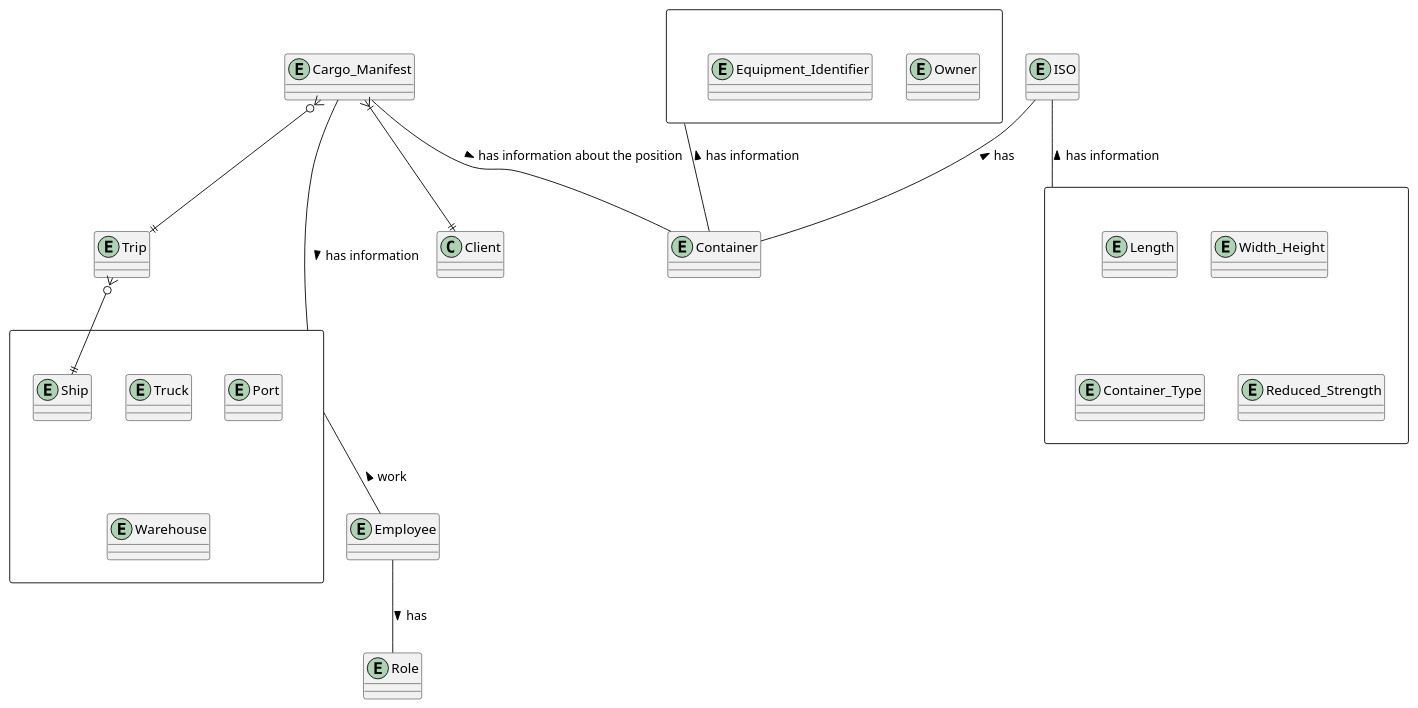
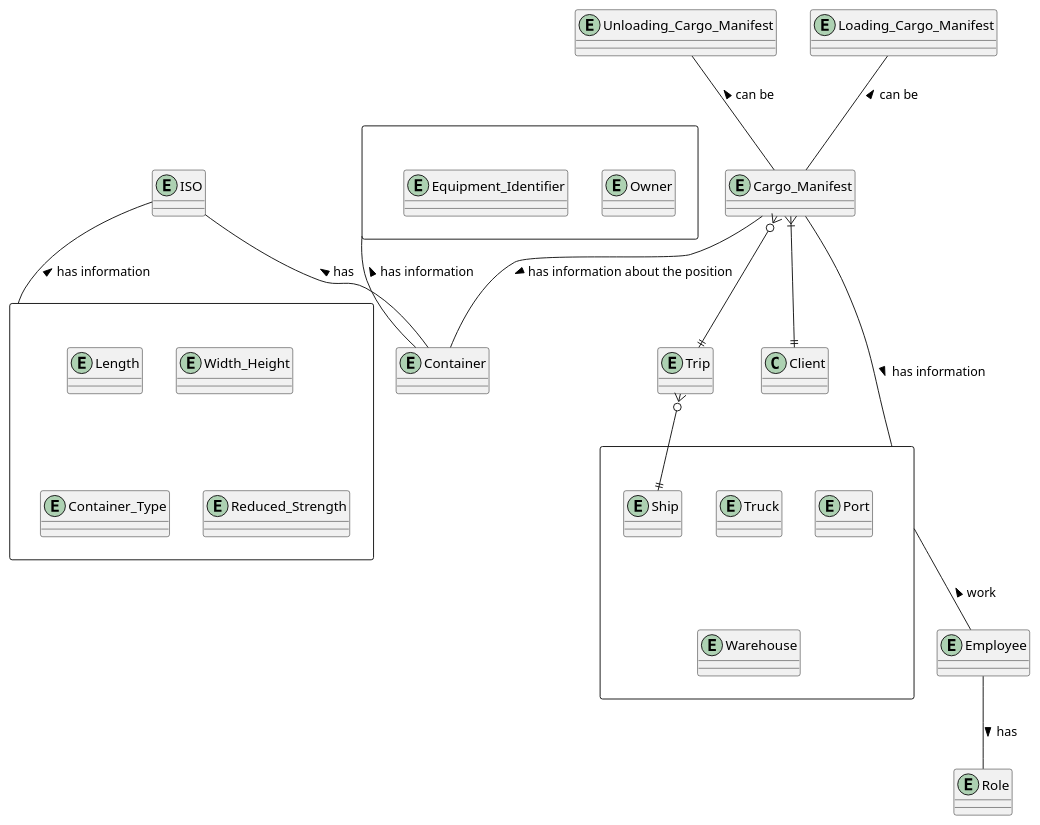
Before and after one commit to 1190772/LAB-Project-3: the diagram in docs/Sprint 2/US/US108/conceptual_model.puml, drawn with PlantUML. The commit also changed 6 other files, not shown here.

```diff
--- a/docs/Sprint 2/US/US108/conceptual_model.puml
+++ b/docs/Sprint 2/US/US108/conceptual_model.puml
@@ -1,50 +1,55 @@
 @startuml
 
 entity Container
 
 entity Cargo_Manifest
+entity Unloading_Cargo_Manifest
+entity Loading_Cargo_Manifest
 
 entity Trip
 
 rectangle " " as "toEmployee"{
 
         entity Truck
 
         entity Ship
         entity Port
         entity Warehouse
 
 }
 entity Employee
 
 entity Role
 rectangle " " as "toISO" {
     entity Length
     entity Width_Height
     entity Container_Type
     entity Reduced_Strength
 }
 entity ISO
 
 rectangle " " as "toIDContainer"{
     entity Owner
     entity Equipment_Identifier
 }
 
 Cargo_Manifest -- Container : has information about the position >
 
 Cargo_Manifest -- "toEmployee" : has information >
 
 
 "toIDContainer" -- Container : has information <
 ISO -- Container : has <
 ISO -- toISO : has information <
 
 Cargo_Manifest }o--|| Trip
 Trip }o--|| Ship
 Cargo_Manifest }|--|| Client
 
 "toEmployee" -- Employee : work <
 Employee -- Role : has >
 
+Unloading_Cargo_Manifest -- Cargo_Manifest : can be <
+Loading_Cargo_Manifest -- Cargo_Manifest : can be <
+
 @enduml
```
